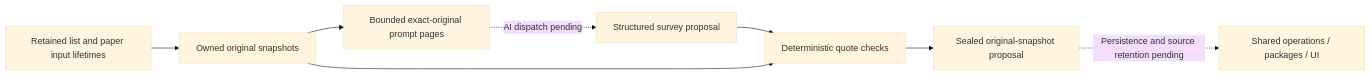
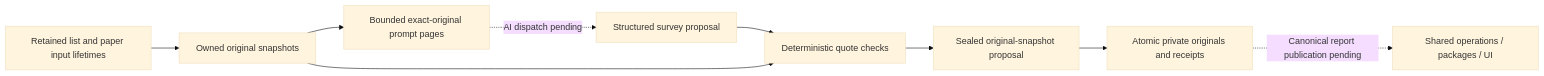
The diagram in docs/analysis-audit.md (puddings-world/Paperfact), drawn with Mermaid (base theme) before and after one commit. The commit also changed other lines of this file and 15 other files, not shown here.

````diff
--- a/docs/analysis-audit.md
+++ b/docs/analysis-audit.md
@@ -381,10 +382,11 @@
 ```mermaid
 flowchart LR
     I[Retained list and paper input lifetimes] --> C[Owned original snapshots]
     C --> P[Bounded exact-original prompt pages]
     P -. AI dispatch pending .-> M[Structured survey proposal]
     M --> V[Deterministic quote checks]
     C --> V
     V --> R[Sealed original-snapshot proposal]
-    R -. Persistence and source retention pending .-> S[Shared operations / packages / UI]
+    R --> A[Atomic private originals and receipts]
+    A -. Canonical report publication pending .-> S[Shared operations / packages / UI]
 ```
````
